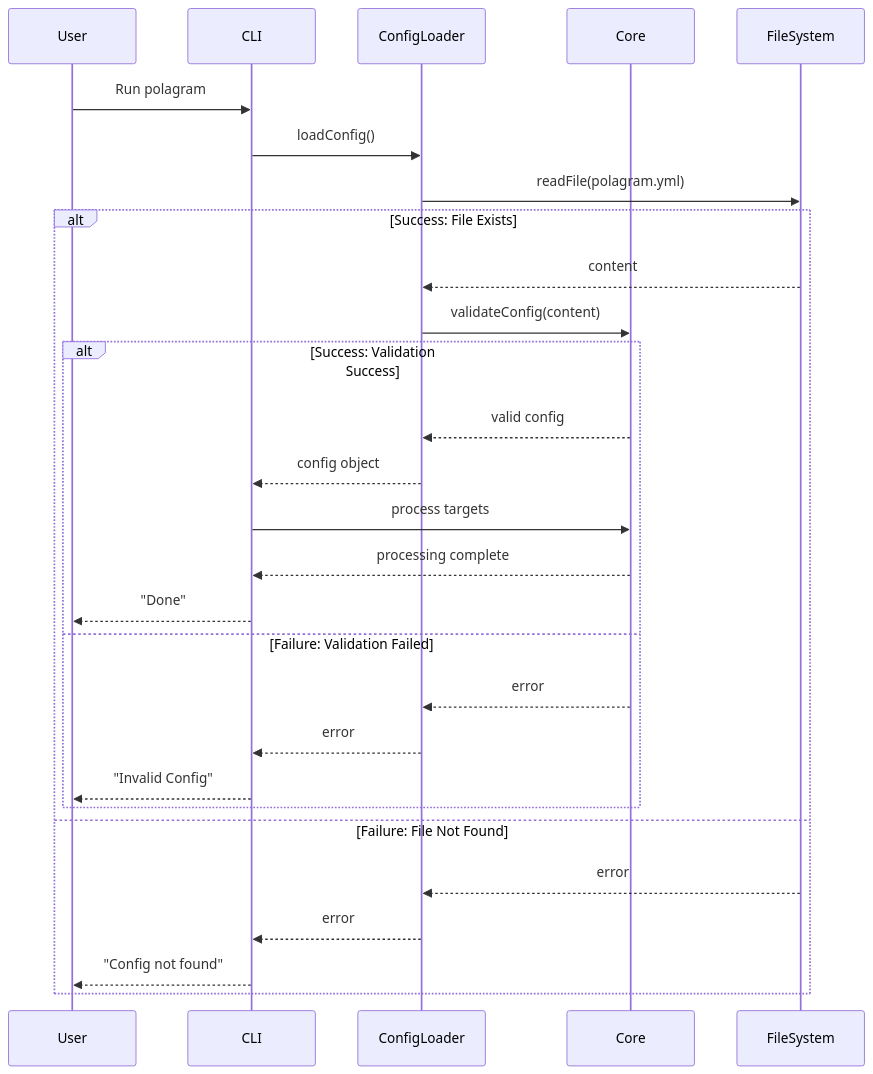
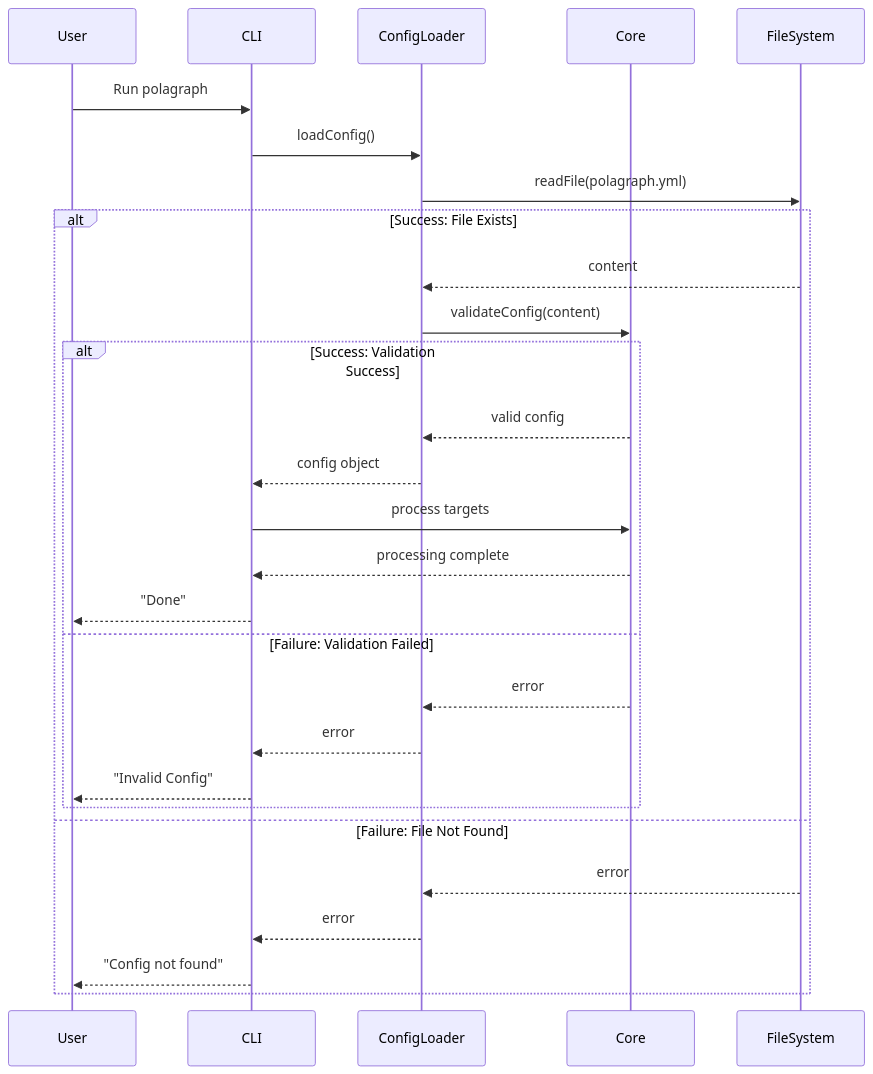
Before and after one commit to Jun-T-git/polagram: the diagram in packages/core/docs/sequence/sequence.mmd, drawn with Mermaid. The commit also changed 34 other files, not shown here.

Commit message:
feat: Rename project from Polagram to Polagraph and introduce a new FocusDemo component.

```diff
--- a/packages/core/docs/sequence/sequence.mmd
+++ b/packages/core/docs/sequence/sequence.mmd
@@ -1,32 +1,32 @@
 sequenceDiagram
     participant User
     participant CLI
     participant ConfigLoader
     participant Core
     participant FileSystem
 
-    User->>CLI: Run polagram
+    User->>CLI: Run polagraph
     CLI->>ConfigLoader: loadConfig()
-    ConfigLoader->>FileSystem: readFile(polagram.yml)
+    ConfigLoader->>FileSystem: readFile(polagraph.yml)
     
     alt Success: File Exists
         FileSystem-->>ConfigLoader: content
         ConfigLoader->>Core: validateConfig(content)
         
         alt Success: Validation Success
             Core-->>ConfigLoader: valid config
             ConfigLoader-->>CLI: config object
             CLI->>Core: process targets
             Core-->>CLI: processing complete
             CLI-->>User: "Done"
         else Failure: Validation Failed
             Core-->>ConfigLoader: error
             ConfigLoader-->>CLI: error
             CLI-->>User: "Invalid Config"
         end
         
     else Failure: File Not Found
         FileSystem-->>ConfigLoader: error
         ConfigLoader-->>CLI: error
         CLI-->>User: "Config not found"
     end
```
